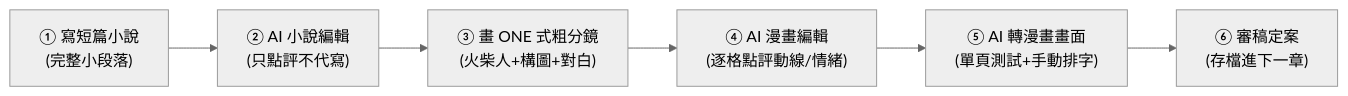
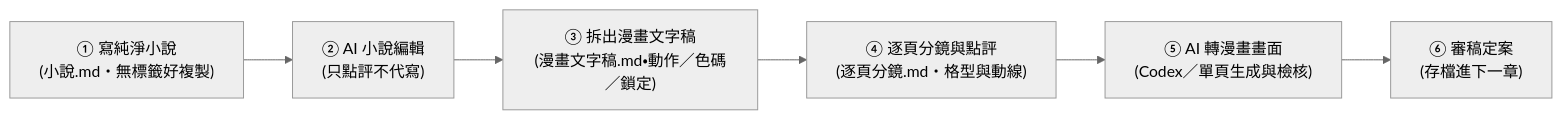
One commit to wuharry/urban-exorcist-chronicles changed the second of 3 diagrams in 創作原則.md. Above: the diagram before and after it, drawn with Mermaid (neutral theme). The commit also changed other lines of this file and 65 other files, not shown here.

````diff
--- a/創作原則.md
+++ b/創作原則.md
@@ -30,8 +30,8 @@
 ```mermaid
 flowchart LR
-    S1["① 寫短篇小說<br/>(完整小段落)"] --> S2["② AI 小說編輯<br/>(只點評不代寫)"]
-    S2 --> S3["③ 畫 ONE 式粗分鏡<br/>(火柴人+構圖+對白)"]
-    S3 --> S4["④ AI 漫畫編輯<br/>(逐格點評動線/情緒)"]
-    S4 --> S5["⑤ AI 轉漫畫畫面<br/>(單頁測試+手動排字)"]
+    S1["① 寫純淨小說<br/>(小說.md・無標籤好複製)"] --> S2["② AI 小說編輯<br/>(只點評不代寫)"]
+    S2 --> S3["③ 拆出漫畫文字稿<br/>(漫畫文字稿.md・動作／色碼／鎖定)"]
+    S3 --> S4["④ 逐頁分鏡與點評<br/>(逐頁分鏡.md・格型與動線)"]
+    S4 --> S5["⑤ AI 轉漫畫畫面<br/>(Codex／單頁生成與檢核)"]
     S5 --> S6["⑥ 審稿定案<br/>(存檔進下一章)"]
 ```
````
